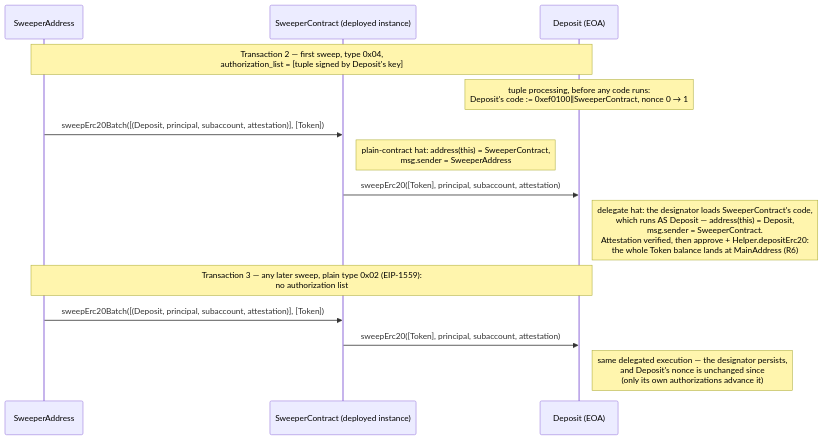
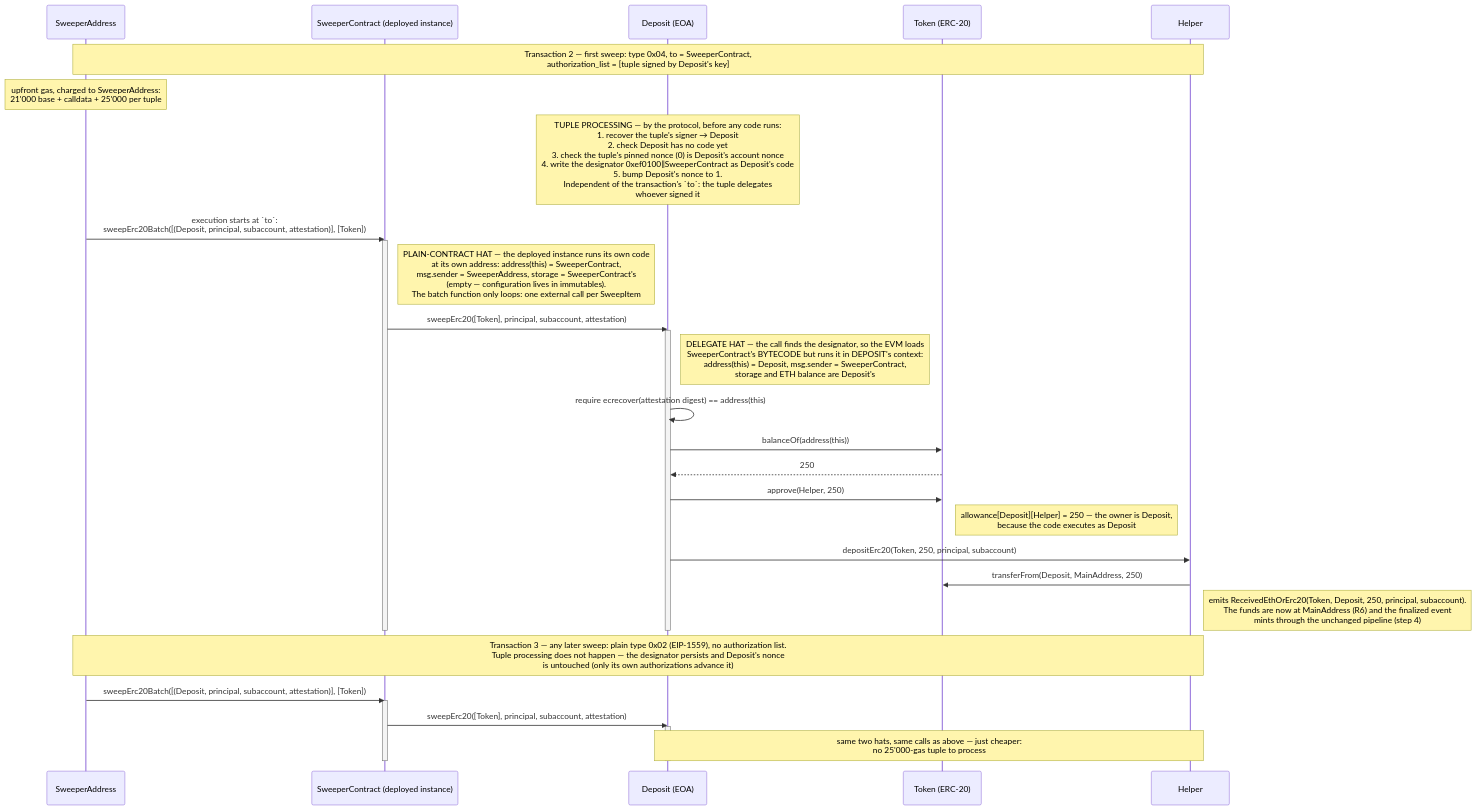
The fifth of 6 diagrams in rs/ethereum/cketh/docs/deposit_from_cex.md (dfinity/ic), drawn with Mermaid before and after one commit.

Commit message:
docs(cketh): detail tuple processing and the two hats in the primer diagram
The primer's transaction-shapes diagram now spells out the protocol's
five tuple-processing steps, shows each hat's execution context with
activation bars, and represents the ERC-20 token and the helper so the
balanceOf / approve / depositErc20 / transferFrom calls issued as the
deposit EOA are visible.

````diff
--- a/rs/ethereum/cketh/docs/deposit_from_cex.md
+++ b/rs/ethereum/cketh/docs/deposit_from_cex.md
@@ -971,18 +971,37 @@
 ```mermaid
 sequenceDiagram
     participant Sw as SweeperAddress
     participant S as SweeperContract (deployed instance)
     participant D as Deposit (EOA)
+    participant T as Token (ERC-20)
+    participant H as Helper
 
-    Note over Sw,D: Transaction 2 — first sweep, type 0x04,<br/>authorization_list = [tuple signed by Deposit's key]
-    Note over D: tuple processing, before any code runs:<br/>Deposit's code := 0xef0100‖SweeperContract, nonce 0 → 1
+    Note over Sw,H: Transaction 2 — first sweep: type 0x04, to = SweeperContract,<br/>authorization_list = [tuple signed by Deposit's key]
+    Note over Sw: upfront gas, charged to SweeperAddress:<br/>21'000 base + calldata + 25'000 per tuple
+    Note over D: TUPLE PROCESSING — by the protocol, before any code runs:<br/>1. recover the tuple's signer → Deposit<br/>2. check Deposit has no code yet<br/>3. check the tuple's pinned nonce (0) is Deposit's account nonce<br/>4. write the designator 0xef0100‖SweeperContract as Deposit's code<br/>5. bump Deposit's nonce to 1.<br/>Independent of the transaction's `to`: the tuple delegates<br/>whoever signed it
+    Sw->>S: execution starts at `to`:<br/>sweepErc20Batch([(Deposit, principal, subaccount, attestation)], [Token])
+    activate S
+    Note right of S: PLAIN-CONTRACT HAT — the deployed instance runs its own code<br/>at its own address: address(this) = SweeperContract,<br/>msg.sender = SweeperAddress, storage = SweeperContract's<br/>(empty — configuration lives in immutables).<br/>The batch function only loops: one external call per SweepItem
+    S->>D: sweepErc20([Token], principal, subaccount, attestation)
+    activate D
+    Note right of D: DELEGATE HAT — the call finds the designator, so the EVM loads<br/>SweeperContract's BYTECODE but runs it in DEPOSIT's context:<br/>address(this) = Deposit, msg.sender = SweeperContract,<br/>storage and ETH balance are Deposit's
+    D->>D: require ecrecover(attestation digest) == address(this)
+    D->>T: balanceOf(address(this))
+    T-->>D: 250
+    D->>T: approve(Helper, 250)
+    Note right of T: allowance[Deposit][Helper] = 250 — the owner is Deposit,<br/>because the code executes as Deposit
+    D->>H: depositErc20(Token, 250, principal, subaccount)
+    H->>T: transferFrom(Deposit, MainAddress, 250)
+    Note right of H: emits ReceivedEthOrErc20(Token, Deposit, 250, principal, subaccount).<br/>The funds are now at MainAddress (R6) and the finalized event<br/>mints through the unchanged pipeline (step 4)
+    deactivate D
+    deactivate S
+
+    Note over Sw,H: Transaction 3 — any later sweep: plain type 0x02 (EIP-1559), no authorization list.<br/>Tuple processing does not happen — the designator persists and Deposit's nonce<br/>is untouched (only its own authorizations advance it)
     Sw->>S: sweepErc20Batch([(Deposit, principal, subaccount, attestation)], [Token])
-    Note right of S: plain-contract hat: address(this) = SweeperContract,<br/>msg.sender = SweeperAddress
+    activate S
     S->>D: sweepErc20([Token], principal, subaccount, attestation)
-    Note right of D: delegate hat: the designator loads SweeperContract's code,<br/>which runs AS Deposit — address(this) = Deposit,<br/>msg.sender = SweeperContract.<br/>Attestation verified, then approve + Helper.depositErc20:<br/>the whole Token balance lands at MainAddress (R6)
-
-    Note over Sw,D: Transaction 3 — any later sweep, plain type 0x02 (EIP-1559):<br/>no authorization list
-    Sw->>S: sweepErc20Batch([(Deposit, principal, subaccount, attestation)], [Token])
-    S->>D: sweepErc20([Token], principal, subaccount, attestation)
-    Note right of D: same delegated execution — the designator persists,<br/>and Deposit's nonce is unchanged since<br/>(only its own authorizations advance it)
+    activate D
+    Note over D,H: same two hats, same calls as above — just cheaper:<br/>no 25'000-gas tuple to process
+    deactivate D
+    deactivate S
 ```
````
